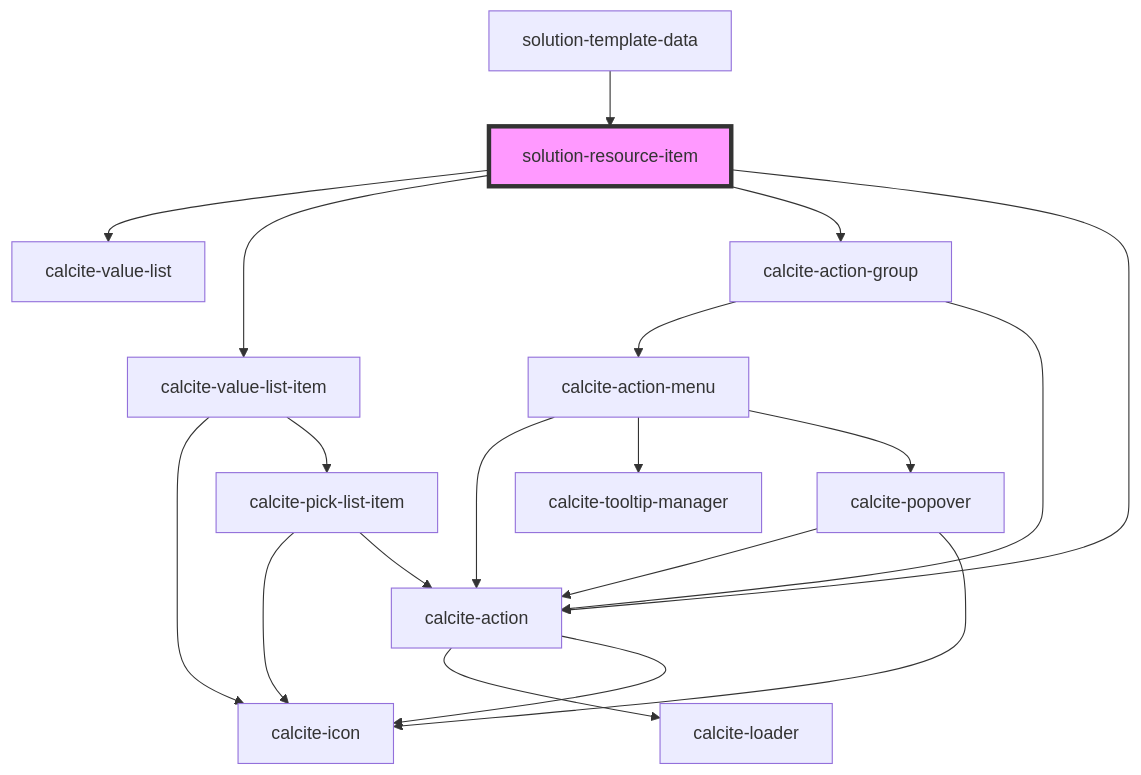
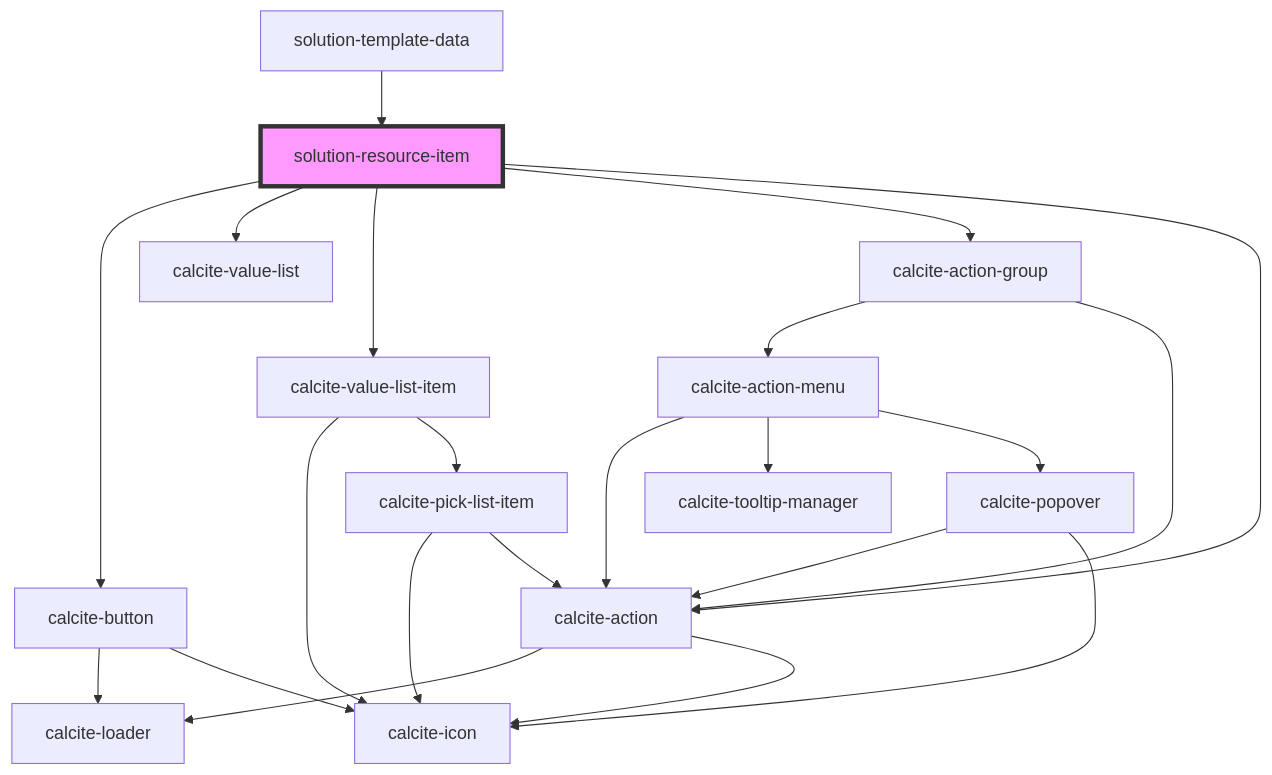
The diagram in src/components/solution-resource-item/readme.md (Esri/solutions-components), drawn with Mermaid before and after one commit. The commit also changed other lines of this file and 11 other files, not shown here.

````diff
--- a/src/components/solution-resource-item/readme.md
+++ b/src/components/solution-resource-item/readme.md
@@ -35,22 +35,25 @@
 ```mermaid
 graph TD;
+  solution-resource-item --> calcite-button
   solution-resource-item --> calcite-value-list
   solution-resource-item --> calcite-value-list-item
   solution-resource-item --> calcite-action-group
   solution-resource-item --> calcite-action
+  calcite-button --> calcite-loader
+  calcite-button --> calcite-icon
   calcite-value-list-item --> calcite-icon
   calcite-value-list-item --> calcite-pick-list-item
   calcite-pick-list-item --> calcite-icon
   calcite-pick-list-item --> calcite-action
   calcite-action --> calcite-loader
   calcite-action --> calcite-icon
   calcite-action-group --> calcite-action-menu
   calcite-action-group --> calcite-action
   calcite-action-menu --> calcite-action
   calcite-action-menu --> calcite-tooltip-manager
   calcite-action-menu --> calcite-popover
   calcite-popover --> calcite-action
   calcite-popover --> calcite-icon
   solution-template-data --> solution-resource-item
   style solution-resource-item fill:#f9f,stroke:#333,stroke-width:4px
 ```
````
